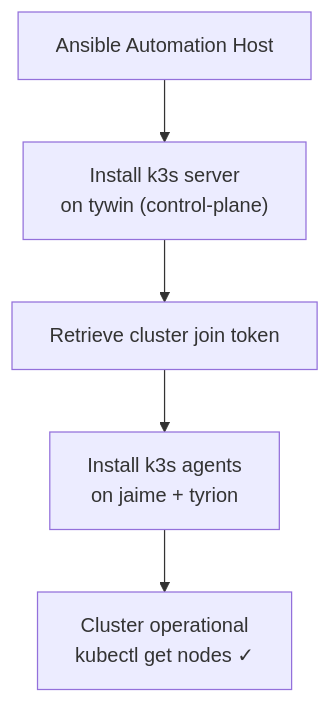
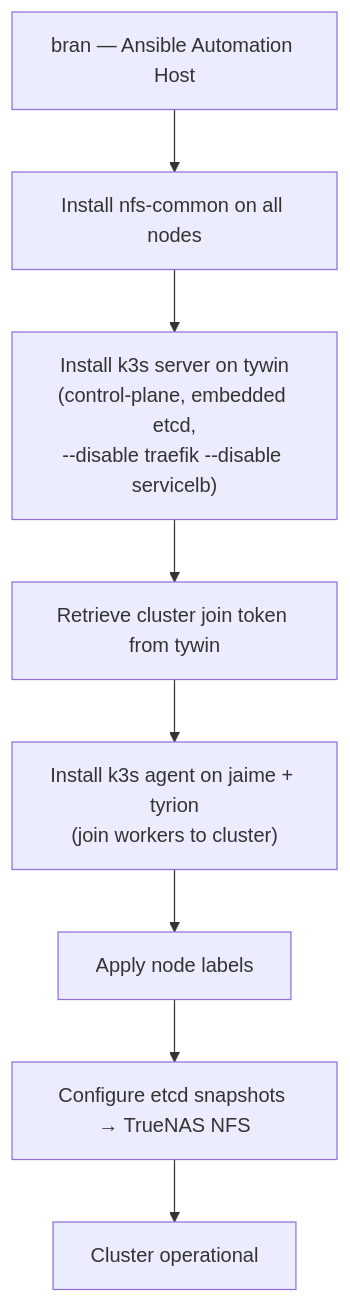
The second of 2 diagrams in docs/guides/02-Kubernetes-Installation.md (Kagiso-me/homelab-infrastructure), drawn with Mermaid before and after one commit. The commit also changed other lines of this file and 47 other files, not shown here.

````diff
--- a/docs/guides/02-Kubernetes-Installation.md
+++ b/docs/guides/02-Kubernetes-Installation.md
@@ -171,7 +182,10 @@
 ```mermaid
 graph TD
-    A["Ansible Automation Host"] --> B["Install k3s server<br/>on tywin (control-plane)"]
-    B --> C["Retrieve cluster join token"]
-    C --> D["Install k3s agents<br/>on jaime + tyrion"]
-    D --> E["Cluster operational<br/>kubectl get nodes ✓"]
+    A["bran — Ansible Automation Host"] --> B["Install nfs-common on all nodes"]
+    B --> C["Install k3s server on tywin<br/>(control-plane, embedded etcd,<br/>--disable traefik --disable servicelb)"]
+    C --> D["Retrieve cluster join token from tywin"]
+    D --> E["Install k3s agent on jaime + tyrion<br/>(join workers to cluster)"]
+    E --> F["Apply node labels"]
+    F --> G["Configure etcd snapshots → TrueNAS NFS"]
+    G --> H["Cluster operational"]
 ```
````
